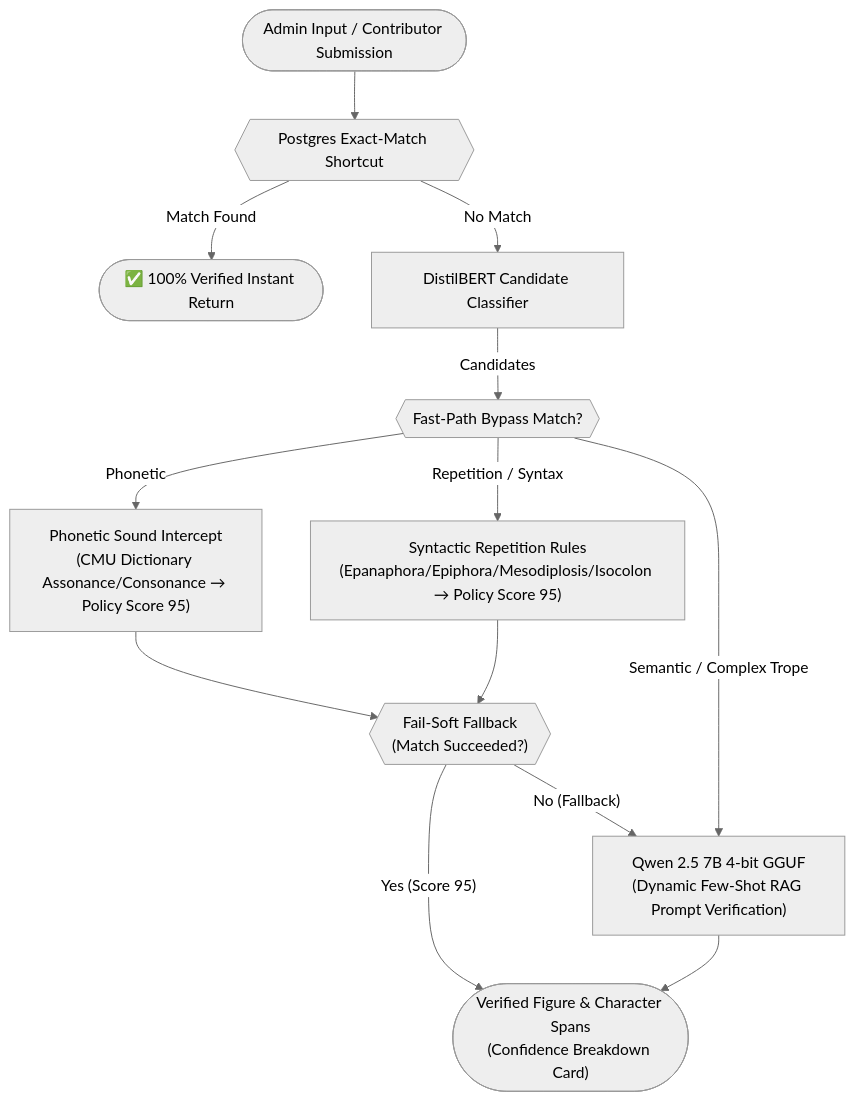
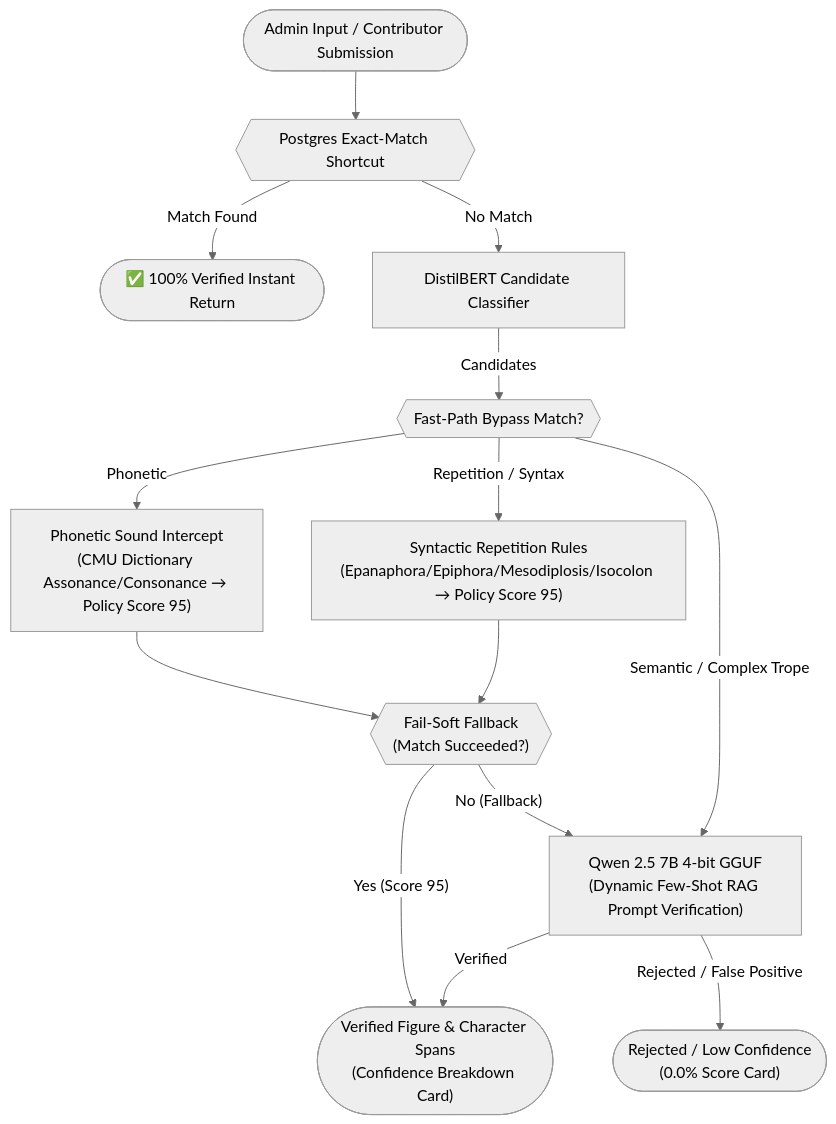
One commit to prabhsharan1/Research_iSocrates changed the first of 2 diagrams in README.md. Above: the diagram before and after it, drawn with Mermaid (neutral theme).

````diff
--- a/README.md
+++ b/README.md
@@ -15,26 +15,28 @@
 ```mermaid
 flowchart TD
     A1(["Admin Input / Contributor Submission"])
     B1{{"Postgres Exact-Match Shortcut"}}
     C1(["✅ 100% Verified Instant Return"])
     D1["DistilBERT Candidate Classifier"]
     E1{{"Fast-Path Bypass Match?"}}
     F1["Phonetic Sound Intercept\n(CMU Dictionary Assonance/Consonance → Policy Score 95)"]
     G1["Syntactic Repetition Rules\n(Epanaphora/Epiphora/Mesodiplosis/Isocolon → Policy Score 95)"]
     H1{{"Fail-Soft Fallback\n(Match Succeeded?)"}}
     I1["Qwen 2.5 7B 4-bit GGUF\n(Dynamic Few-Shot RAG Prompt Verification)"]
     J1(["Verified Figure & Character Spans\n(Confidence Breakdown Card)"])
+    K1(["Rejected / Low Confidence\n(0.0% Score Card)"])
 
     A1 --> B1
     B1 -- "Match Found" --> C1
     B1 -- "No Match" --> D1
     D1 -- "Candidates" --> E1
     E1 -- "Phonetic" --> F1
     E1 -- "Repetition / Syntax" --> G1
     F1 --> H1
     G1 --> H1
     H1 -- "Yes (Score 95)" --> J1
     H1 -- "No (Fallback)" --> I1
     E1 -- "Semantic / Complex Trope" --> I1
-    I1 --> J1
+    I1 -- "Verified" --> J1
+    I1 -- "Rejected / False Positive" --> K1
 ```
````
